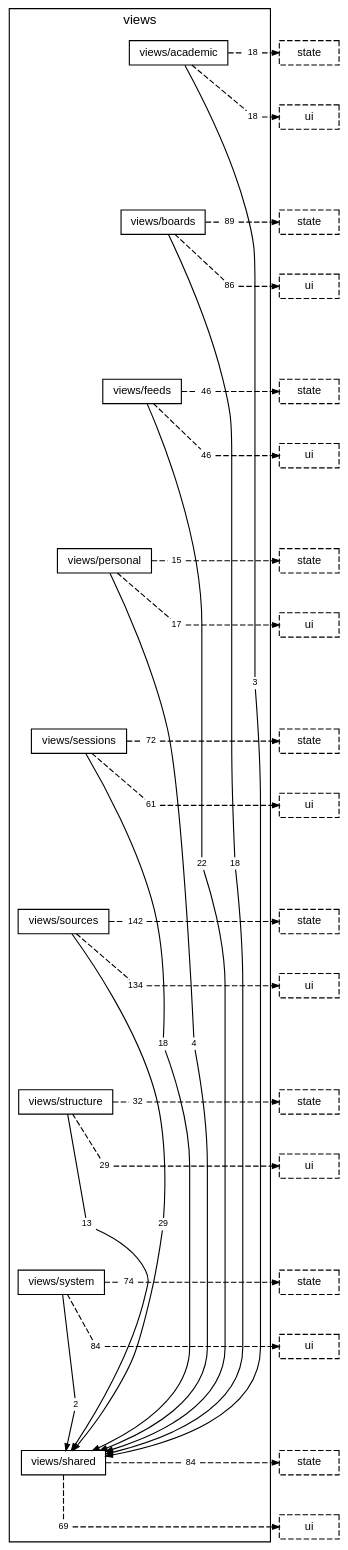
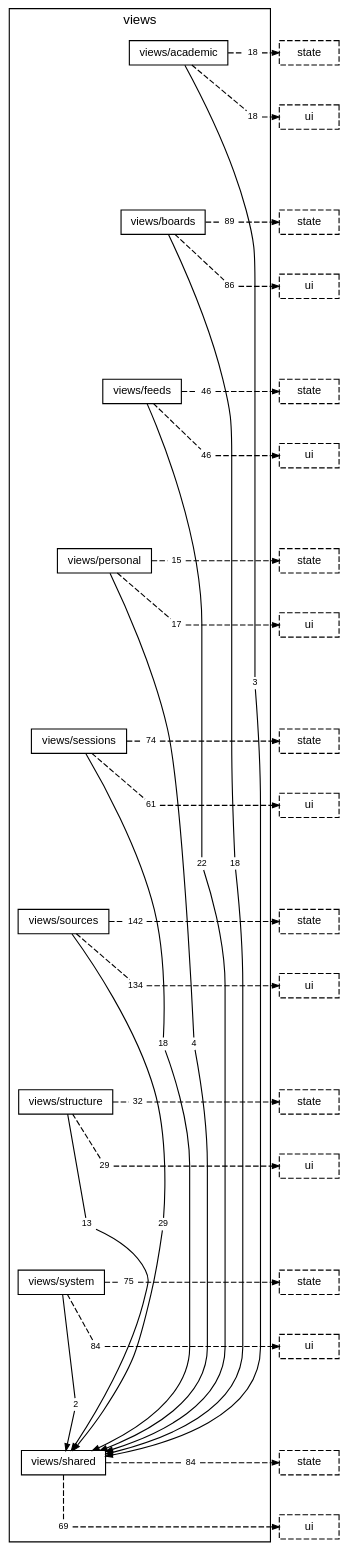
Before and after one commit to TheAxeC/oculus: the diagram in docs/diagrams/layer-views.dot, drawn with Graphviz. The commit also changed 101 other files, not shown here.

```diff
--- a/docs/diagrams/layer-views.dot
+++ b/docs/diagrams/layer-views.dot
@@ -26,7 +26,7 @@
         "folder views/personal to layer state" [label="15", shape=box, color="transparent", fontsize=8, width=0, height=0, margin="0.04,0.02"];
         "folder views/personal to layer ui" [label="17", shape=box, color="transparent", fontsize=8, width=0, height=0, margin="0.04,0.02"];
         "folder views/sessions to folder views/shared" [label="18", shape=box, color="transparent", fontsize=8, width=0, height=0, margin="0.04,0.02"];
-        "folder views/sessions to layer state" [label="72", shape=box, color="transparent", fontsize=8, width=0, height=0, margin="0.04,0.02"];
+        "folder views/sessions to layer state" [label="74", shape=box, color="transparent", fontsize=8, width=0, height=0, margin="0.04,0.02"];
         "folder views/sessions to layer ui" [label="61", shape=box, color="transparent", fontsize=8, width=0, height=0, margin="0.04,0.02"];
         "folder views/sources to folder views/shared" [label="29", shape=box, color="transparent", fontsize=8, width=0, height=0, margin="0.04,0.02"];
         "folder views/sources to layer state" [label="142", shape=box, color="transparent", fontsize=8, width=0, height=0, margin="0.04,0.02"];
@@ -35,7 +35,7 @@
         "folder views/structure to layer state" [label="32", shape=box, color="transparent", fontsize=8, width=0, height=0, margin="0.04,0.02"];
         "folder views/structure to layer ui" [label="29", shape=box, color="transparent", fontsize=8, width=0, height=0, margin="0.04,0.02"];
         "folder views/system to folder views/shared" [label="2", shape=box, color="transparent", fontsize=8, width=0, height=0, margin="0.04,0.02"];
-        "folder views/system to layer state" [label="74", shape=box, color="transparent", fontsize=8, width=0, height=0, margin="0.04,0.02"];
+        "folder views/system to layer state" [label="75", shape=box, color="transparent", fontsize=8, width=0, height=0, margin="0.04,0.02"];
         "folder views/system to layer ui" [label="84", shape=box, color="transparent", fontsize=8, width=0, height=0, margin="0.04,0.02"];
         "folder views/shared to layer state" [label="84", shape=box, color="transparent", fontsize=8, width=0, height=0, margin="0.04,0.02"];
         "folder views/shared to layer ui" [label="69", shape=box, color="transparent", fontsize=8, width=0, height=0, margin="0.04,0.02"];
```
